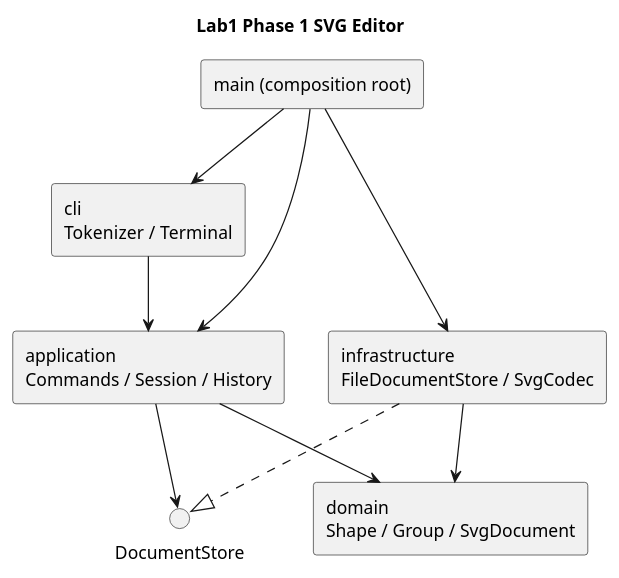
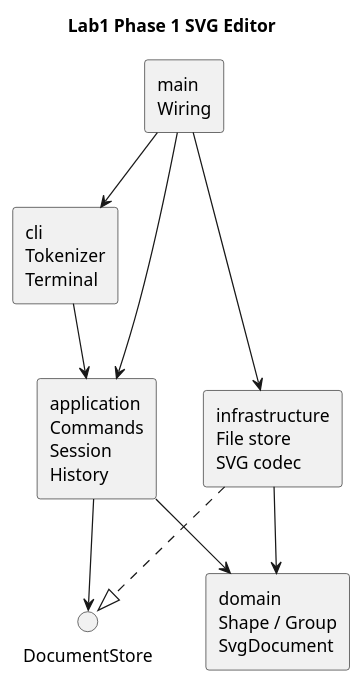
One commit to Canberra1111/svg-editor changed the diagram in doc/architecture.puml. Above: the diagram before and after it, drawn with PlantUML. The commit also changed 5 other files, not shown here.

Commit message:
docs: complete architecture diagram, acceptance evidence and submission guide

```diff
--- a/doc/architecture.puml
+++ b/doc/architecture.puml
@@ -1,18 +1,19 @@
 @startuml
 title Lab1 Phase 1 SVG Editor
 skinparam componentStyle rectangle
-component "main (composition root)" as main
-component "cli\nTokenizer / Terminal" as cli
-component "application\nCommands / Session / History" as app
+skinparam backgroundColor #FFFFFF
+component "main\nWiring" as main
+component "cli\nTokenizer\nTerminal" as cli
+component "application\nCommands\nSession\nHistory" as app
 interface "DocumentStore" as port
-component "domain\nShape / Group / SvgDocument" as domain
-component "infrastructure\nFileDocumentStore / SvgCodec" as infra
+component "domain\nShape / Group\nSvgDocument" as domain
+component "infrastructure\nFile store\nSVG codec" as infra
 main --> cli
 main --> app
 main --> infra
 cli --> app
 app --> domain
 app --> port
 infra ..|> port
 infra --> domain
 @enduml
```
